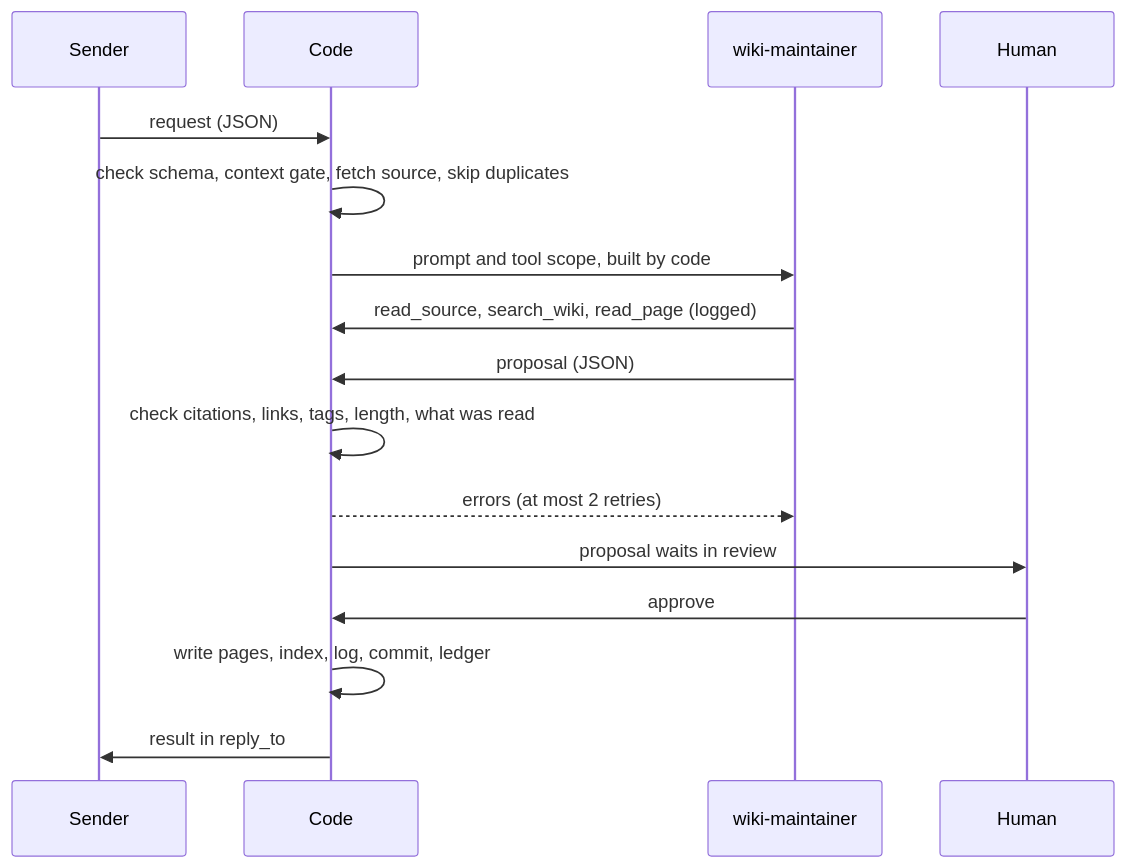
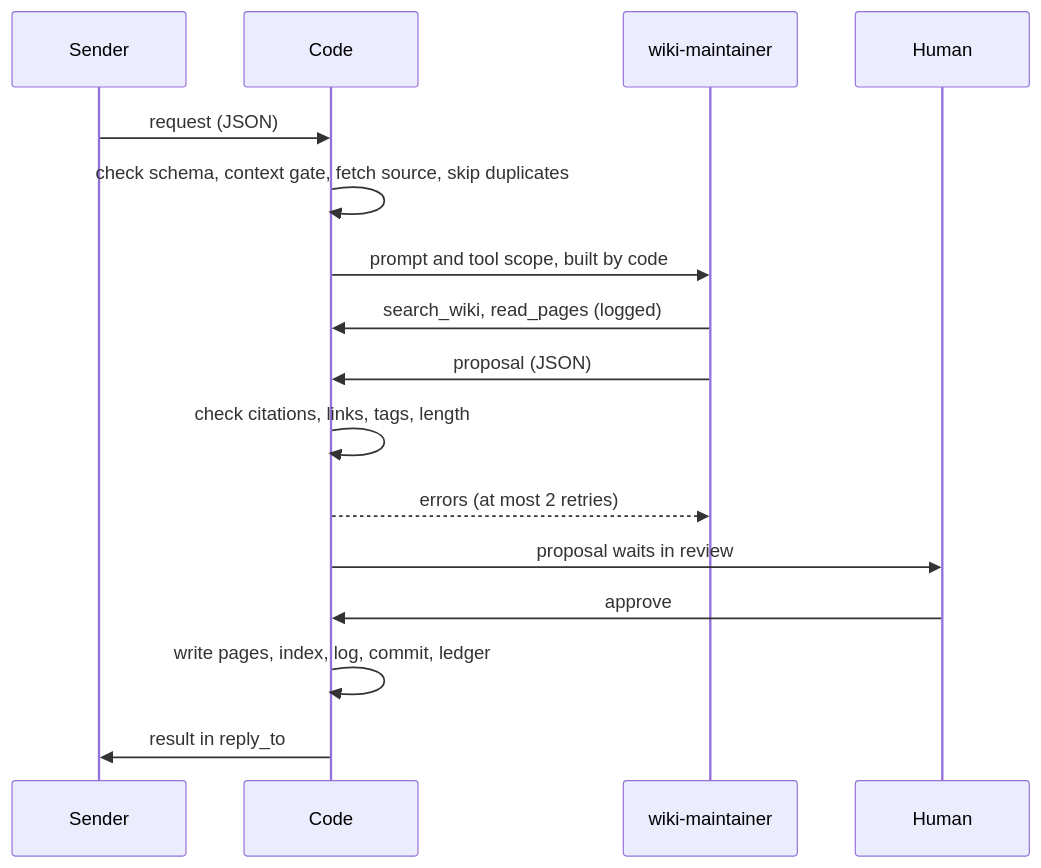
One commit to juancrfig/ergon changed the second of 2 diagrams in nodes/intake/diagrams.md. Above: the diagram before and after it, drawn with Mermaid. The commit also changed 11 other files, not shown here.

Commit message:
Simplify the wiki tool: whole source in the prompt, read_pages in one call, no read checks (ADR 0016)

````diff
--- a/nodes/intake/diagrams.md
+++ b/nodes/intake/diagrams.md
@@ -23,18 +23,18 @@
 ```mermaid
 sequenceDiagram
     participant S as Sender
     participant C as Code
     participant A as wiki-maintainer
     participant H as Human
     S->>C: request (JSON)
     C->>C: check schema, context gate, fetch source, skip duplicates
     C->>A: prompt and tool scope, built by code
-    A->>C: read_source, search_wiki, read_page (logged)
+    A->>C: search_wiki, read_pages (logged)
     A->>C: proposal (JSON)
-    C->>C: check citations, links, tags, length, what was read
+    C->>C: check citations, links, tags, length
     C-->>A: errors (at most 2 retries)
     C->>H: proposal waits in review
     H->>C: approve
     C->>C: write pages, index, log, commit, ledger
     C->>S: result in reply_to
 ```
````
